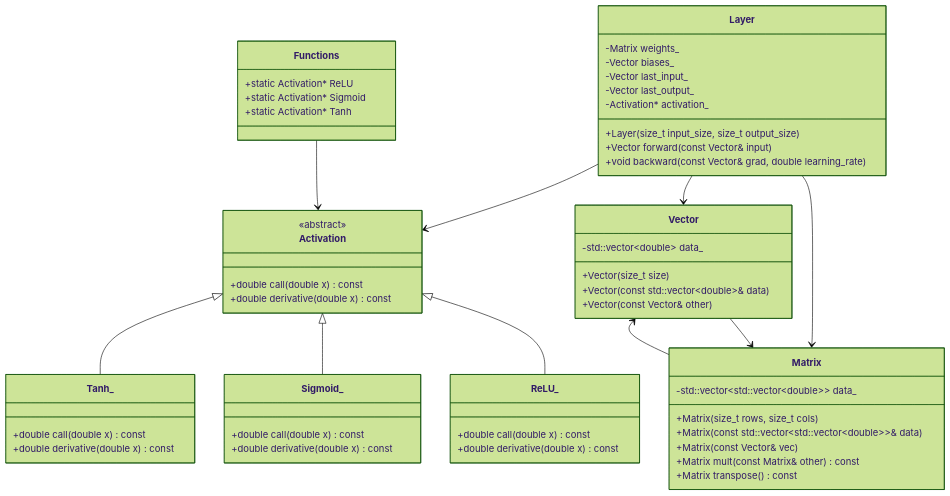
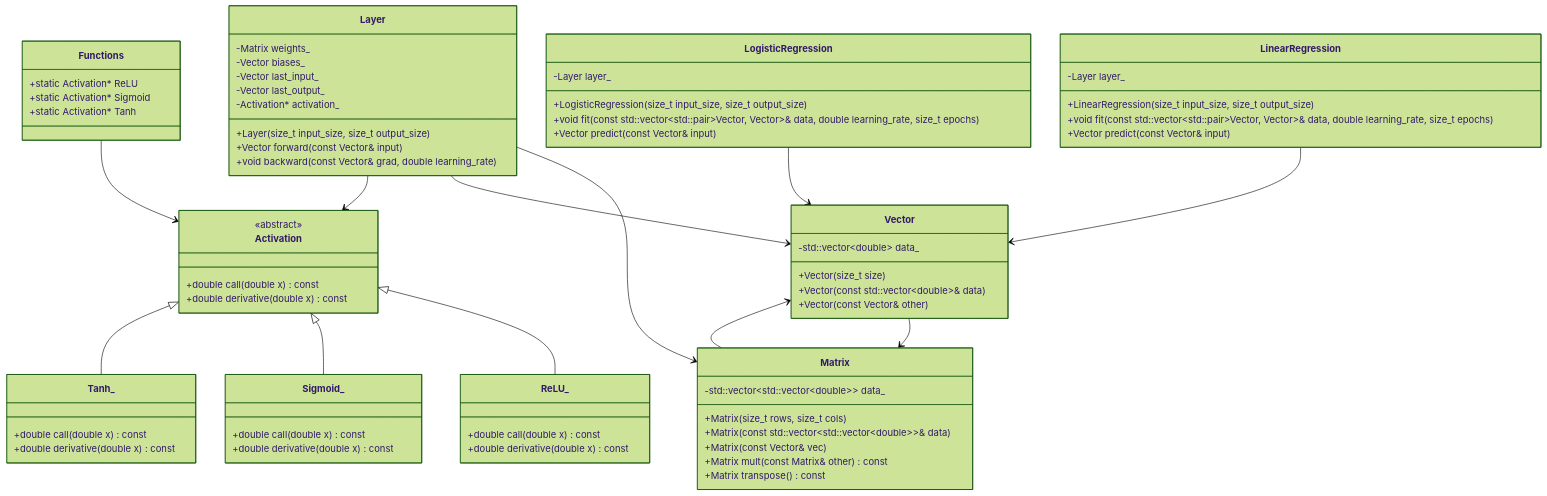
One commit to dattali18/CPP-Math-Library changed the diagram in README.md. Above: the diagram before and after it, drawn with Mermaid (forest theme). The commit also changed other lines of this file, not shown here.

````diff
--- a/README.md
+++ b/README.md
@@ -71,6 +73,20 @@
         -Activation* activation_
     }
 
+    class LinearRegression {
+        +LinearRegression(size_t input_size, size_t output_size)
+        +void fit(const std::vector~std::pair~Vector, Vector>& data, double learning_rate, size_t epochs)
+        +Vector predict(const Vector& input)
+        -Layer layer_
+    }
+
+    class LogisticRegression {
+        +LogisticRegression(size_t input_size, size_t output_size)
+        +void fit(const std::vector~std::pair~Vector, Vector>& data, double learning_rate, size_t epochs)
+        +Vector predict(const Vector& input)
+        -Layer layer_
+    }
+
     Vector --> Matrix
     Matrix --> Vector
     Layer --> Matrix
@@ -81,4 +97,6 @@
     Activation <|-- Tanh_
     Functions --> Activation
 
+    LinearRegression --> Vector
+    LogisticRegression --> Vector
 ```
````
